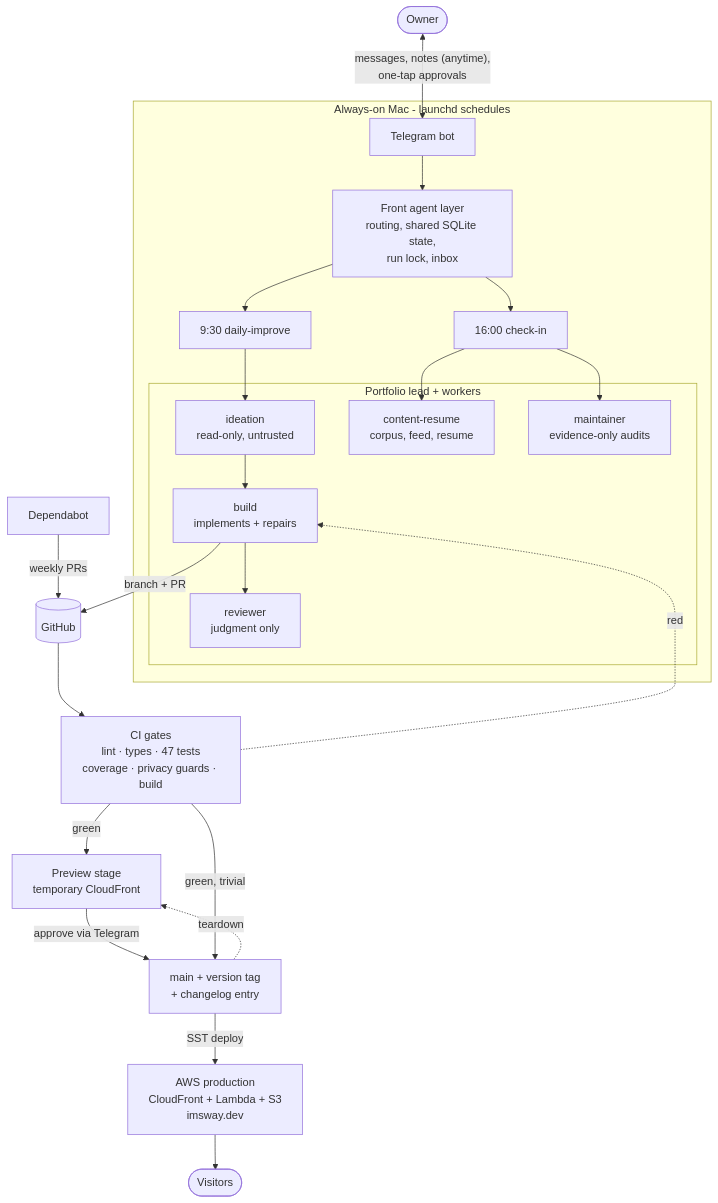
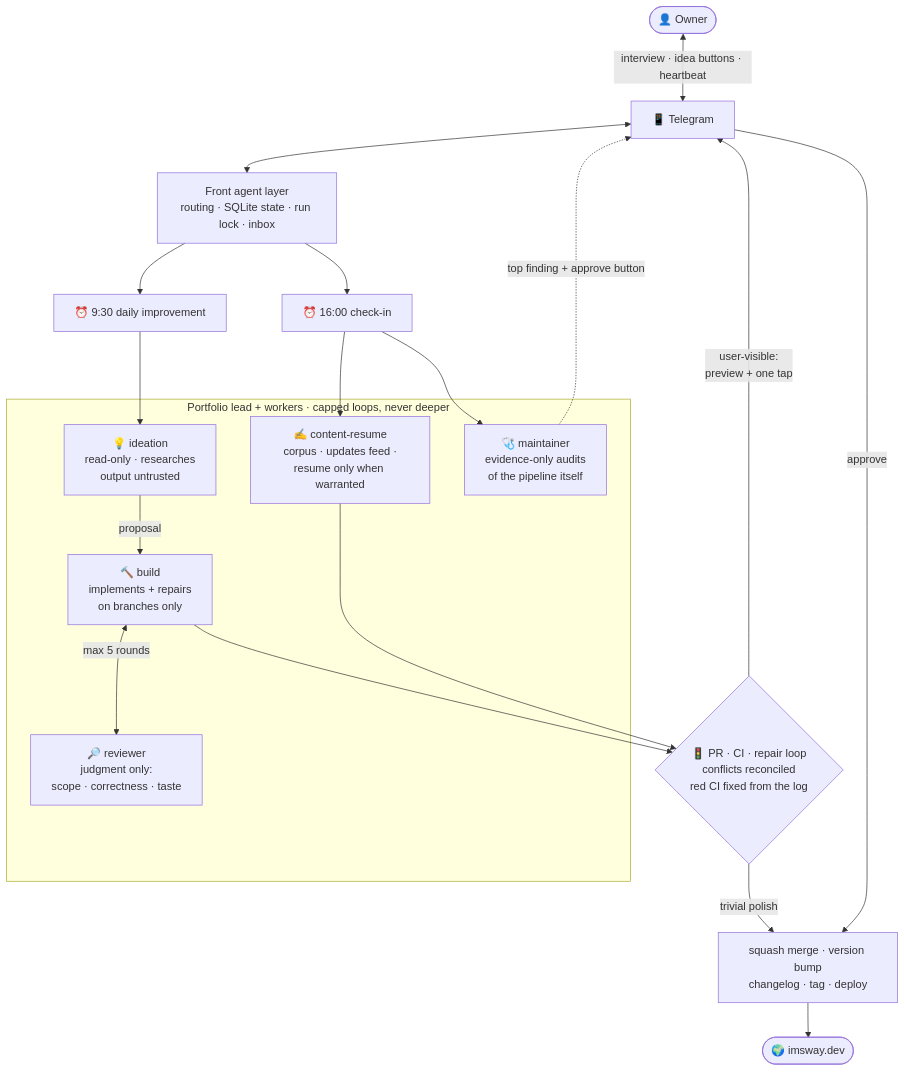
The second of 2 diagrams in README.md (sbrick26/auto-portfolio), drawn with Mermaid before and after one commit. The commit also changed other lines of this file and 3 other files, not shown here.

Commit message:
docs: architecture + agents diagrams, split detail docs into docs/ (#10)

````diff
--- a/README.md
+++ b/README.md
@@ -37,32 +60,30 @@
 ```mermaid
 flowchart TD
-    O([Owner]) <-->|"messages, notes (anytime),<br/>one-tap approvals"| TGM[Telegram bot]
+    O(["👤 Owner"]) <-->|"interview · idea buttons · heartbeat"| TGM["📱 Telegram"]
+    TGM <--> FA["Front agent layer<br/>routing · SQLite state · run lock · inbox"]
 
-    subgraph mac[Always-on Mac - launchd schedules]
-        TGM --> FA[Front agent layer<br/>routing, shared SQLite state,<br/>run lock, inbox]
-        FA --> DAILY[9:30 daily-improve]
-        FA --> CHECKIN[16:00 check-in]
+    FA --> DAILY["⏰ 9:30 daily improvement"]
+    FA --> CHECKIN["⏰ 16:00 check-in"]
 
-        subgraph workers[Portfolio lead + workers]
-            IDE[ideation<br/>read-only, untrusted]
-            BLD[build<br/>implements + repairs]
-            REV[reviewer<br/>judgment only]
-            CNT[content-resume<br/>corpus, feed, resume]
-            MNT[maintainer<br/>evidence-only audits]
-        end
-        DAILY --> IDE --> BLD --> REV
-        CHECKIN --> CNT
-        CHECKIN --> MNT
+    subgraph workers["Portfolio lead + workers · capped loops, never deeper"]
+        IDE["💡 ideation<br/>read-only · researches<br/>output untrusted"]
+        BLD["🔨 build<br/>implements + repairs<br/>on branches only"]
+        REV["🔎 reviewer<br/>judgment only:<br/>scope · correctness · taste"]
+        CNT["✍️ content-resume<br/>corpus · updates feed ·<br/>resume only when warranted"]
+        MNT["🩺 maintainer<br/>evidence-only audits<br/>of the pipeline itself"]
     end
 
-    BLD -->|branch + PR| GH[(GitHub)]
-    DEP[Dependabot] -->|weekly PRs| GH
-    GH --> CI[CI gates<br/>lint · types · 47 tests<br/>coverage · privacy guards · build]
-    CI -.red.-> BLD
-    CI -->|green| PREV[Preview stage<br/>temporary CloudFront]
-    PREV -->|approve via Telegram| MAIN[main + version tag<br/>+ changelog entry]
-    CI -->|green, trivial| MAIN
-    MAIN -->|SST deploy| AWS[AWS production<br/>CloudFront + Lambda + S3<br/>imsway.dev]
-    MAIN -.teardown.-> PREV
-    AWS --> V([Visitors])
+    DAILY --> IDE
+    IDE -->|"proposal"| BLD
+    BLD <-->|"max 5 rounds"| REV
+    CHECKIN --> CNT
+    CHECKIN --> MNT
+    MNT -.->|"top finding + approve button"| TGM
+
+    BLD --> GATE{"🚦 PR · CI · repair loop<br/>conflicts reconciled<br/>red CI fixed from the log"}
+    CNT --> GATE
+    GATE -->|"trivial polish"| SHIP["squash merge · version bump<br/>changelog · tag · deploy"]
+    GATE -->|"user-visible:<br/>preview + one tap"| TGM
+    TGM -->|"approve"| SHIP
+    SHIP --> LIVE(["🌍 imsway.dev"])
 ```
````
